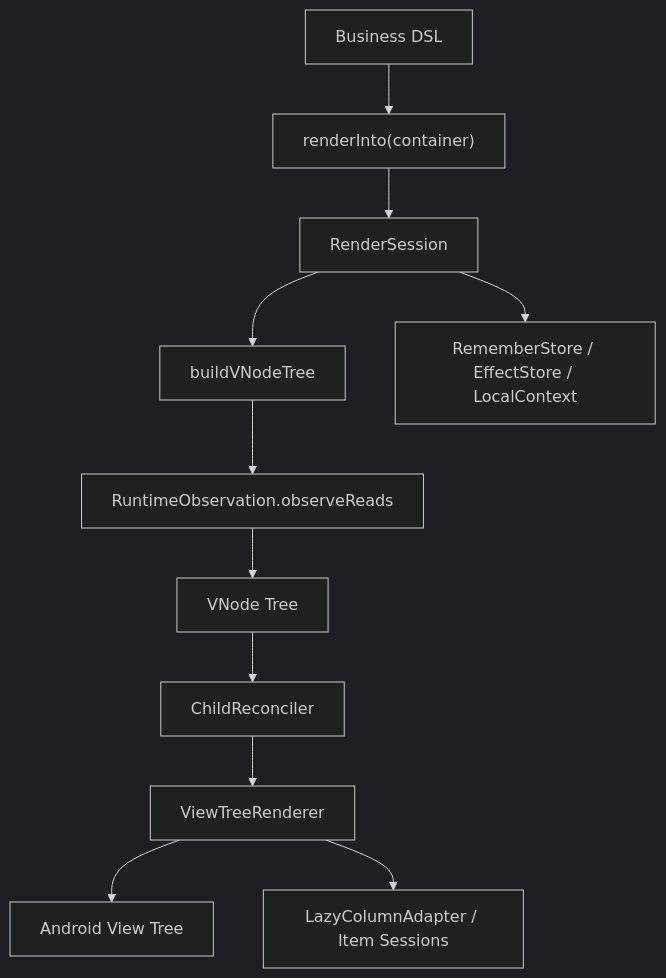
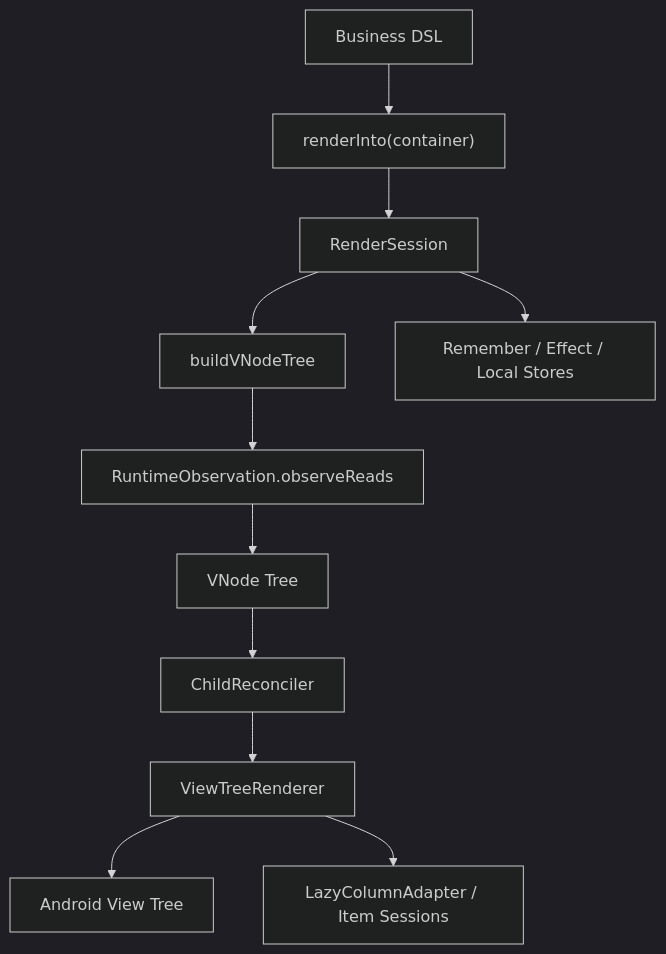
Before and after one commit to guozhiqiang123/ViewCompose: the diagram in ARCHITECTURE.md, drawn with Mermaid (dark theme). The commit also changed other lines of this file and 44 other files, not shown here.

````diff
--- a/ARCHITECTURE.md
+++ b/ARCHITECTURE.md
@@ -122,13 +152,13 @@
 ```mermaid
 flowchart TD
     A["Business DSL"] --> B["renderInto(container)"]
     B --> C["RenderSession"]
     C --> D["buildVNodeTree"]
     D --> E["RuntimeObservation.observeReads"]
     E --> F["VNode Tree"]
     F --> G["ChildReconciler"]
     G --> H["ViewTreeRenderer"]
     H --> I["Android View Tree"]
-    C --> J["RememberStore / EffectStore / LocalContext"]
+    C --> J["Remember / Effect / Local Stores"]
     H --> K["LazyColumnAdapter / Item Sessions"]
 ```
````
